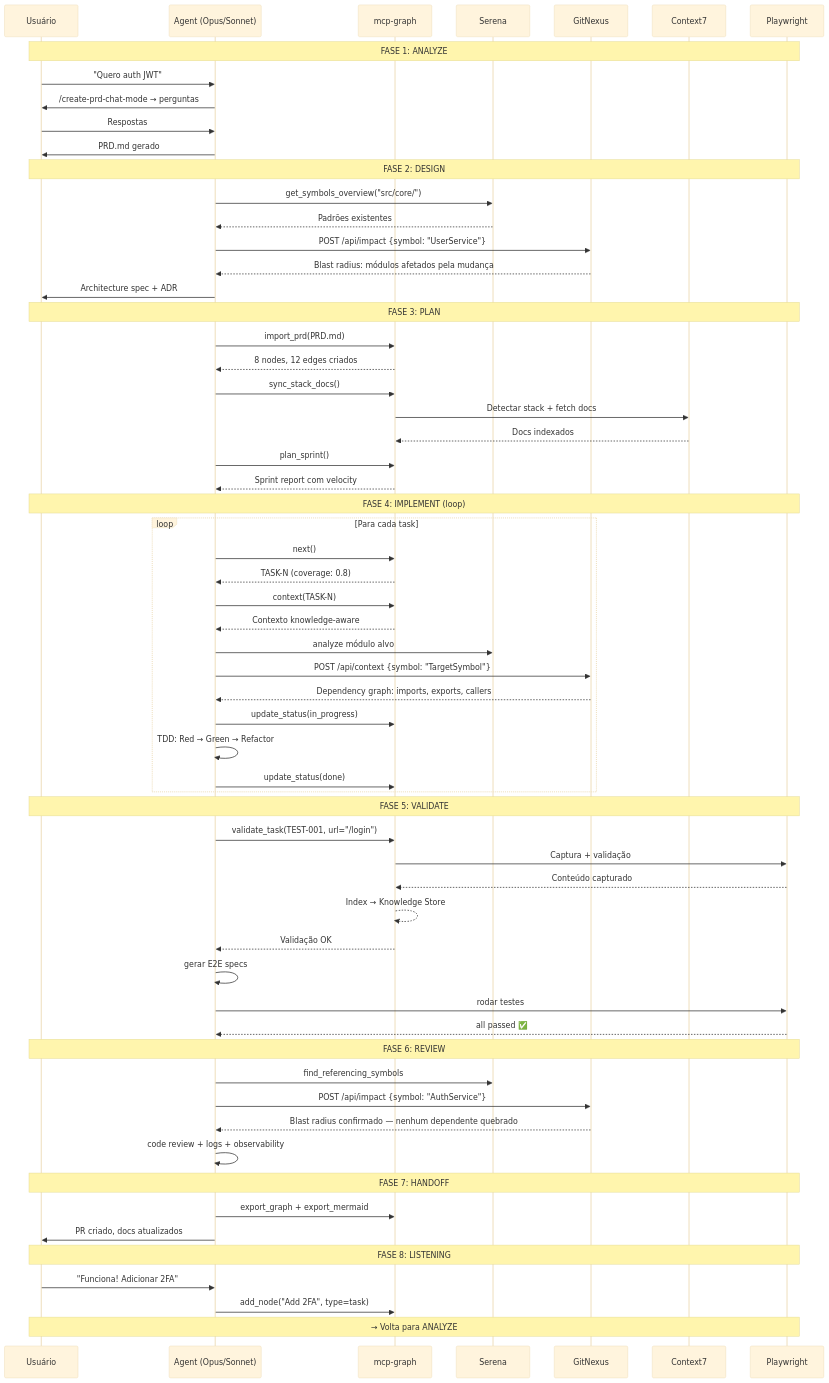
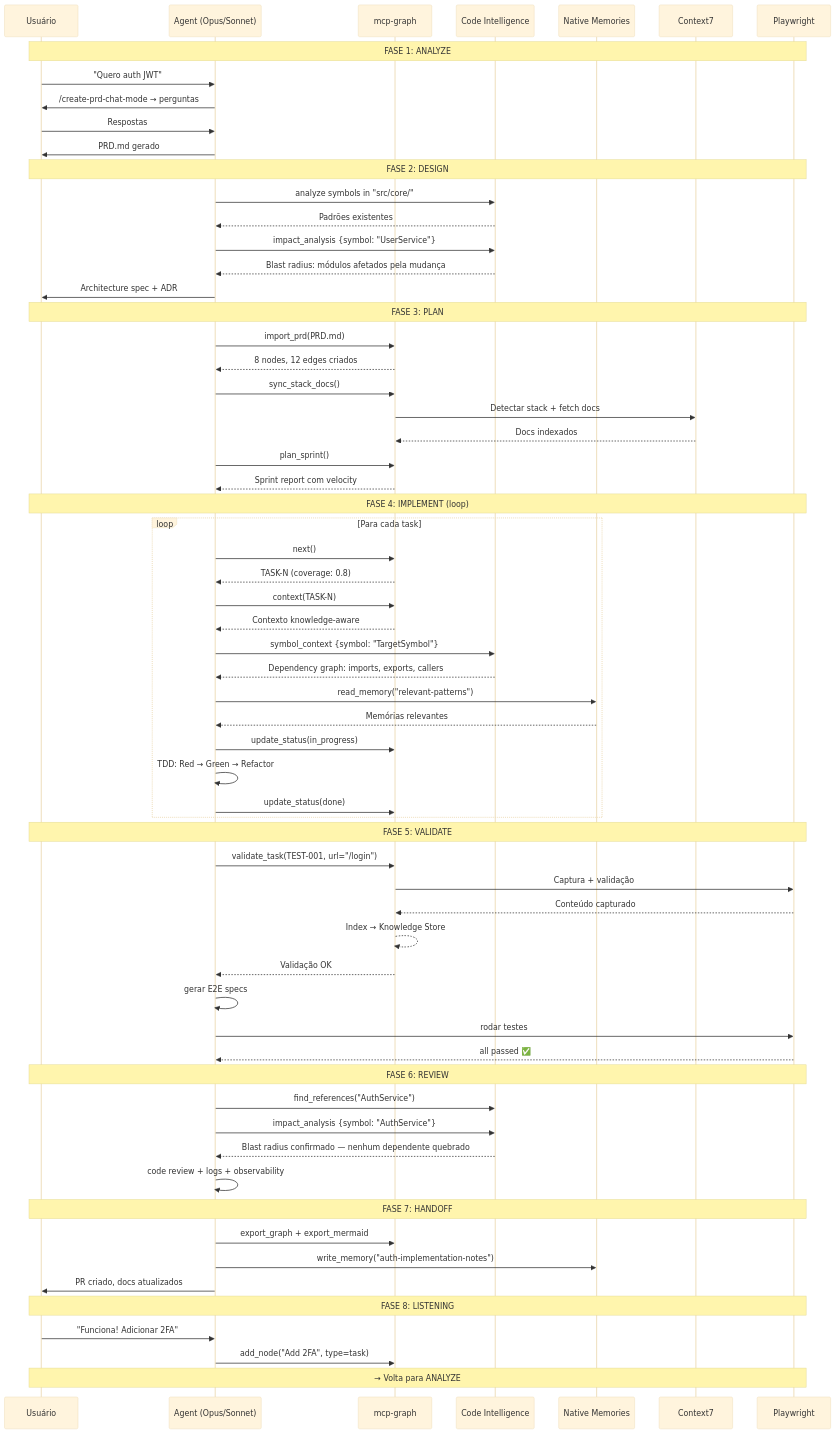
Diagram 17 of 19 in docs/LIFECYCLE.md (sraphaz/mcp-graph-workflow), drawn with Mermaid (base theme) before and after one commit. The commit also changed other lines of this file and 17 other files, not shown here.

````diff
--- a/docs/LIFECYCLE.md
+++ b/docs/LIFECYCLE.md
@@ -688,71 +685,73 @@
 ```mermaid
 sequenceDiagram
     participant U as Usuário
     participant A as Agent (Opus/Sonnet)
     participant MCP as mcp-graph
-    participant S as Serena
-    participant GN as GitNexus
+    participant CI as Code Intelligence
+    participant Mem as Native Memories
     participant C7 as Context7
     participant PW as Playwright
 
     Note over U,PW: FASE 1: ANALYZE
     U->>A: "Quero auth JWT"
     A->>U: /create-prd-chat-mode → perguntas
     U->>A: Respostas
     A->>U: PRD.md gerado
 
     Note over U,PW: FASE 2: DESIGN
-    A->>S: get_symbols_overview("src/core/")
-    S-->>A: Padrões existentes
-    A->>GN: POST /api/impact {symbol: "UserService"}
-    GN-->>A: Blast radius: módulos afetados pela mudança
+    A->>CI: analyze symbols in "src/core/"
+    CI-->>A: Padrões existentes
+    A->>CI: impact_analysis {symbol: "UserService"}
+    CI-->>A: Blast radius: módulos afetados pela mudança
     A->>U: Architecture spec + ADR
 
     Note over U,PW: FASE 3: PLAN
     A->>MCP: import_prd(PRD.md)
     MCP-->>A: 8 nodes, 12 edges criados
     A->>MCP: sync_stack_docs()
     MCP->>C7: Detectar stack + fetch docs
     C7-->>MCP: Docs indexados
     A->>MCP: plan_sprint()
     MCP-->>A: Sprint report com velocity
 
     Note over U,PW: FASE 4: IMPLEMENT (loop)
     loop Para cada task
         A->>MCP: next()
         MCP-->>A: TASK-N (coverage: 0.8)
         A->>MCP: context(TASK-N)
         MCP-->>A: Contexto knowledge-aware
-        A->>S: analyze módulo alvo
-        A->>GN: POST /api/context {symbol: "TargetSymbol"}
-        GN-->>A: Dependency graph: imports, exports, callers
+        A->>CI: symbol_context {symbol: "TargetSymbol"}
+        CI-->>A: Dependency graph: imports, exports, callers
+        A->>Mem: read_memory("relevant-patterns")
+        Mem-->>A: Memórias relevantes
         A->>MCP: update_status(in_progress)
         A->>A: TDD: Red → Green → Refactor
         A->>MCP: update_status(done)
     end
 
     Note over U,PW: FASE 5: VALIDATE
     A->>MCP: validate_task(TEST-001, url="/login")
     MCP->>PW: Captura + validação
     PW-->>MCP: Conteúdo capturado
     MCP-->>MCP: Index → Knowledge Store
     MCP-->>A: Validação OK
     A->>A: gerar E2E specs
     A->>PW: rodar testes
     PW-->>A: all passed ✅
 
     Note over U,PW: FASE 6: REVIEW
-    A->>S: find_referencing_symbols
-    A->>GN: POST /api/impact {symbol: "AuthService"}
-    GN-->>A: Blast radius confirmado — nenhum dependente quebrado
+    A->>CI: find_references("AuthService")
+    A->>CI: impact_analysis {symbol: "AuthService"}
+    CI-->>A: Blast radius confirmado — nenhum dependente quebrado
     A->>A: code review + logs + observability
 
     Note over U,PW: FASE 7: HANDOFF
     A->>MCP: export_graph + export_mermaid
+    A->>Mem: write_memory("auth-implementation-notes")
     A->>U: PR criado, docs atualizados
 
     Note over U,PW: FASE 8: LISTENING
     U->>A: "Funciona! Adicionar 2FA"
     A->>MCP: add_node("Add 2FA", type=task)
     Note over U,PW: → Volta para ANALYZE
 ```
````
